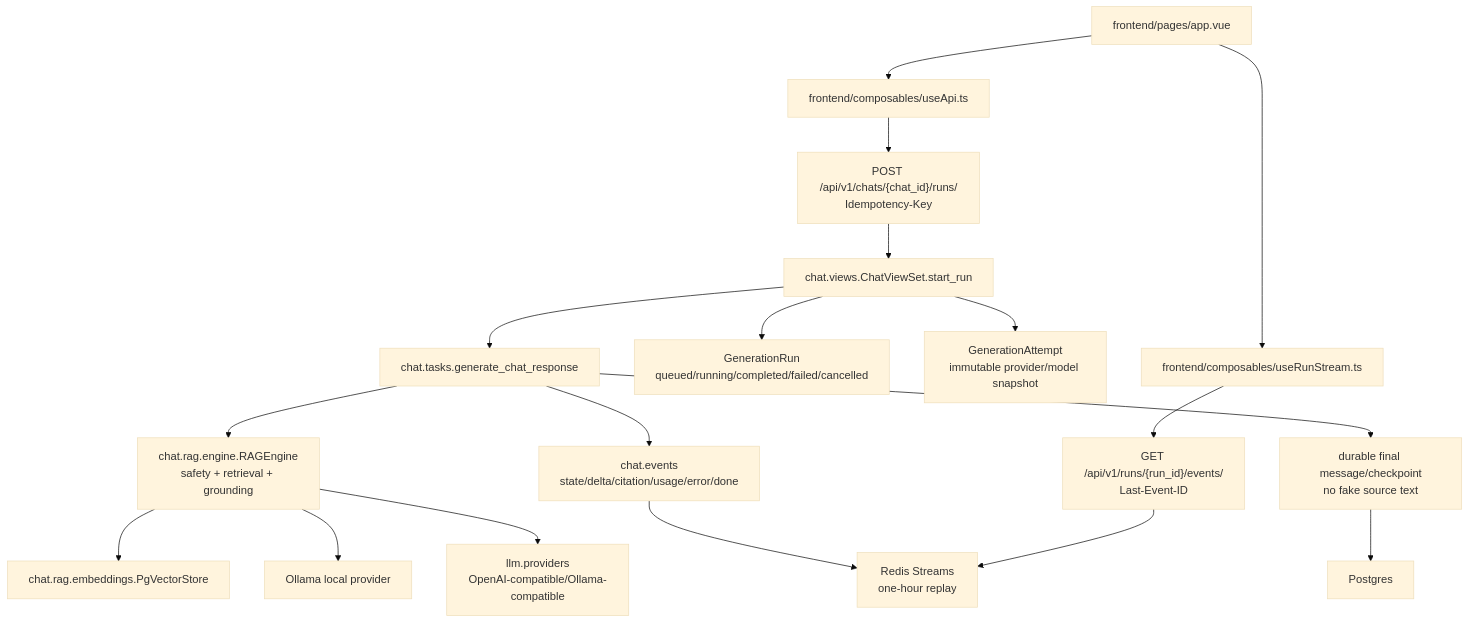
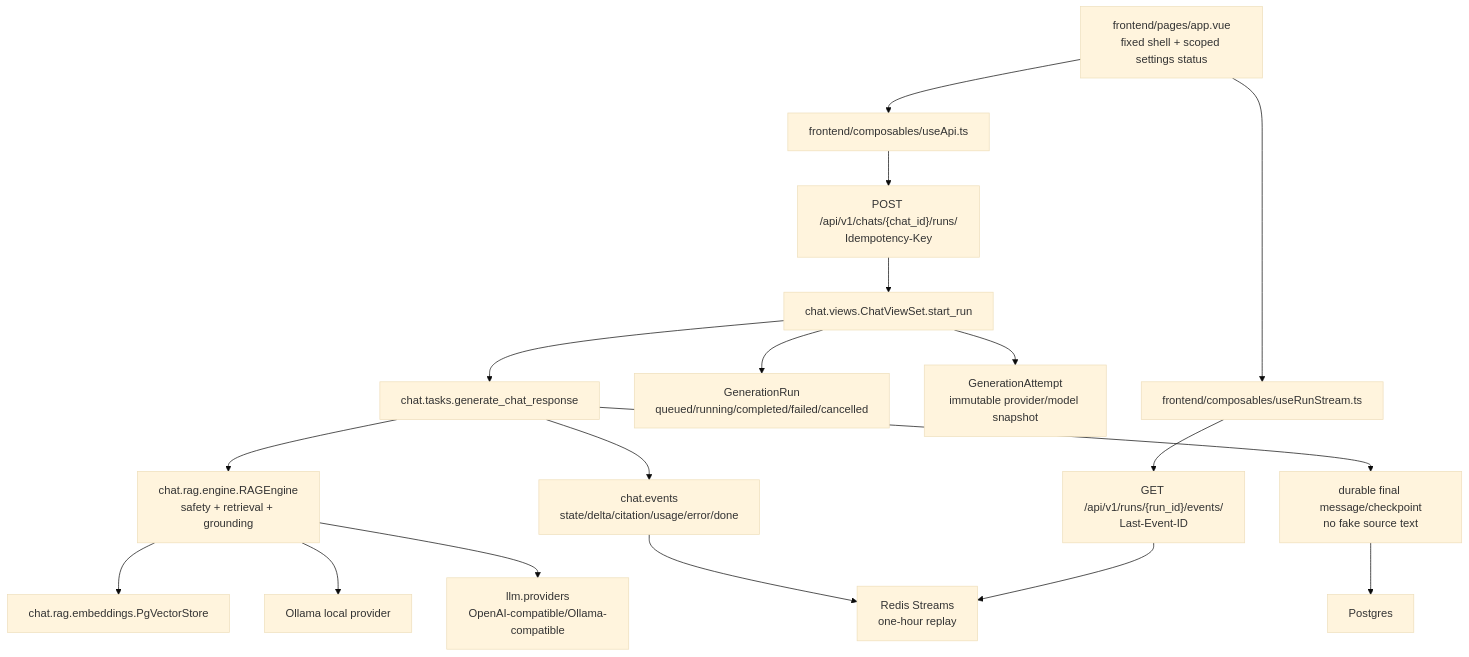
The second of 4 diagrams in docs/project-graph.md (ninad-rastogi/MokshaAI), drawn with Mermaid (base theme) before and after one commit. The commit also changed other lines of this file and 6 other files, not shown here.

Commit message:
fix: stabilize local frontend auth and shell controls

````diff
--- a/docs/project-graph.md
+++ b/docs/project-graph.md
@@ -36,20 +38,20 @@
 ```mermaid
 graph TD
-    UI["frontend/pages/app.vue"] --> API["frontend/composables/useApi.ts"]
+    UI["frontend/pages/app.vue\nfixed shell + scoped settings status"] --> API["frontend/composables/useApi.ts"]
     UI --> Stream["frontend/composables/useRunStream.ts"]
     API --> CreateRun["POST /api/v1/chats/{chat_id}/runs/\nIdempotency-Key"]
     CreateRun --> ViewSet["chat.views.ChatViewSet.start_run"]
     ViewSet --> Run["GenerationRun\nqueued/running/completed/failed/cancelled"]
     ViewSet --> Attempt["GenerationAttempt\nimmutable provider/model snapshot"]
     ViewSet --> Task["chat.tasks.generate_chat_response"]
     Task --> Route["chat.rag.engine.RAGEngine\nsafety + retrieval + grounding"]
     Route --> Store["chat.rag.embeddings.PgVectorStore"]
     Route --> Local["Ollama local provider"]
     Route --> Remote["llm.providers\nOpenAI-compatible/Ollama-compatible"]
     Task --> Events["chat.events\nstate/delta/citation/usage/error/done"]
     Events --> RedisStream["Redis Streams\none-hour replay"]
     Stream --> SSE["GET /api/v1/runs/{run_id}/events/\nLast-Event-ID"]
     SSE --> RedisStream
     Task --> Final["durable final message/checkpoint\nno fake source text"]
     Final --> Postgres
 ```
````
